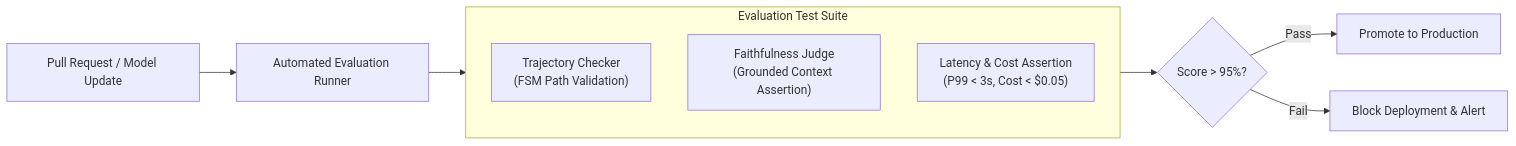
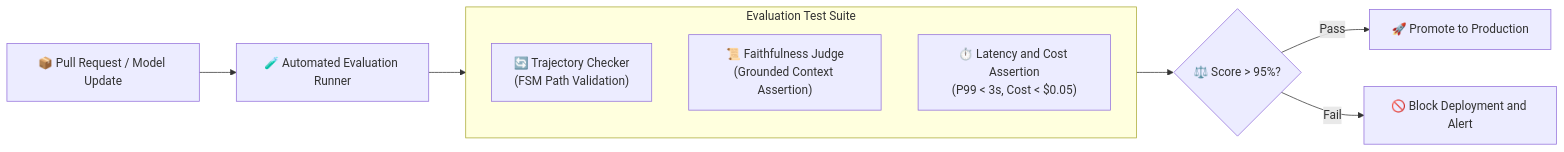
Before and after one commit to dip4k/senior-engineer-to-ai-engineer-roadmap: the tenth of 11 diagrams in ai-platform-and-agent-infrastructure-roadmap.md, drawn with Mermaid. The commit also changed other lines of this file and 94 other files, not shown here.

Commit message:
refactor(curriculum): complete Phase 04 upgrade and enforce diagram renderer invariants

````diff
--- a/ai-platform-and-agent-infrastructure-roadmap.md
+++ b/ai-platform-and-agent-infrastructure-roadmap.md
@@ -445,15 +443,15 @@
 ```mermaid
 flowchart LR
-    PR["Pull Request / Model Update"] --> RunEvals["Automated Evaluation Runner"]
+    PR["📦 Pull Request / Model Update"] --> RunEvals["🧪 Automated Evaluation Runner"]
     
     subgraph Suite ["Evaluation Test Suite"]
-        E1["Trajectory Checker<br>(FSM Path Validation)"]
-        E2["Faithfulness Judge<br>(Grounded Context Assertion)"]
-        E3["Latency & Cost Assertion<br>(P99 < 3s, Cost < $0.05)"]
+        E1["🔄 Trajectory Checker<br>(FSM Path Validation)"]
+        E2["📜 Faithfulness Judge<br>(Grounded Context Assertion)"]
+        E3["⏱️ Latency and Cost Assertion<br>(P99 < 3s, Cost < $0.05)"]
     end
     
     RunEvals --> Suite
-    Suite --> Score{"Score > 95%?"}
-    Score -->|"Pass"| Deploy["Promote to Production"]
-    Score -->|"Fail"| Block["Block Deployment & Alert"]
+    Suite --> Score{"⚖️ Score > 95%?"}
+    Score -->|"Pass"| Deploy["🚀 Promote to Production"]
+    Score -->|"Fail"| Block["🚫 Block Deployment and Alert"]
 ```
````
